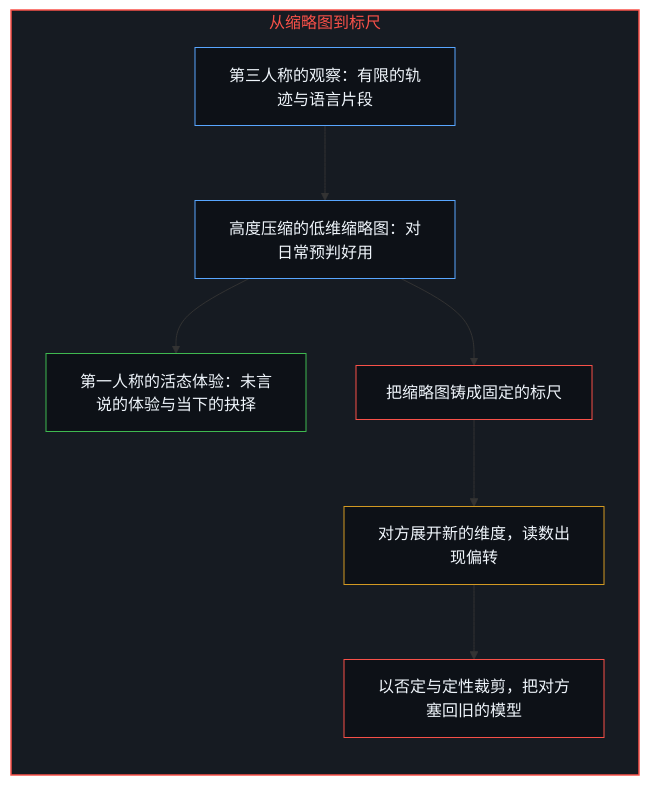
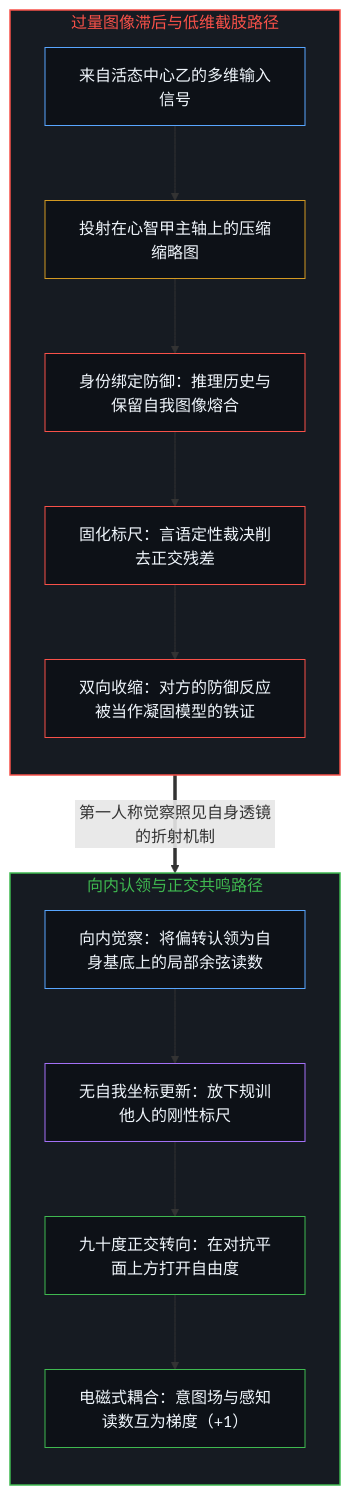
The first of 2 diagrams in content/posts/the-illusion-of-knowing-and-the-geometry-of-amputation.md (powerpig99/not-a-toe), drawn with Mermaid before and after one commit. The commit also changed other lines of this file and 1 other file, not shown here.

Commit message:
Refine the-illusion-of-knowing-and-the-geometry-of-amputation (Wave 3 L2 #137)

````diff
--- a/content/posts/the-illusion-of-knowing-and-the-geometry-of-amputation.md
+++ b/content/posts/the-illusion-of-knowing-and-the-geometry-of-amputation.md
@@ -83,25 +59,35 @@
 ```mermaid
 flowchart TD
-    subgraph S_Cut["从缩略图到标尺"]
+    subgraph S_Amputate["过量图像滞后与低维截肢路径"]
         direction TB
-        Watch["第三人称的观察：有限的轨迹与语言片段"]
-        Thumb["高度压缩的低维缩略图：对日常预判好用"]
-        Living["第一人称的活态体验：未言说的体验与当下的抉择"]
-        Ruler["把缩略图铸成固定的标尺"]
-        Deflect["对方展开新的维度，读数出现偏转"]
-        Trim["以否定与定性裁剪，把对方塞回旧的模型"]
-        Watch --> Thumb
-        Thumb --> Living
-        Thumb --> Ruler
-        Ruler --> Deflect
-        Deflect --> Trim
+        Signal["来自活态中心乙的多维输入信号"]
+        Thumb["投射在心智甲主轴上的压缩缩略图"]
+        Fuse["身份绑定防御：推理历史与保留自我图像熔合"]
+        Trim["固化标尺：言语定性裁决削去正交残差"]
+        Loop["双向收缩：对方的防御反应被当作凝固模型的铁证"]
+        Signal --> Thumb --> Fuse --> Trim --> Loop
     end
 
-    style S_Cut fill:#161b22,stroke:#f85149,stroke-width:1.5px,color:#f85149
-    style Watch fill:#0d1117,stroke:#58a6ff,stroke-width:1px,color:#f0f6fc
-    style Thumb fill:#0d1117,stroke:#58a6ff,stroke-width:1px,color:#f0f6fc
-    style Living fill:#0d1117,stroke:#3fb950,stroke-width:1px,color:#f0f6fc
-    style Ruler fill:#0d1117,stroke:#f85149,stroke-width:1px,color:#f0f6fc
-    style Deflect fill:#0d1117,stroke:#d29922,stroke-width:1px,color:#f0f6fc
+    subgraph S_Resonate["向内认领与正交共鸣路径"]
+        direction TB
+        Notice["向内觉察：将偏转认领为自身基底上的局部余弦读数"]
+        Unclamp["无自我坐标更新：放下规训他人的刚性标尺"]
+        Pivot["九十度正交转向：在对抗平面上方打开自由度"]
+        Wave["电磁式耦合：意图场与感知读数互为梯度（+1）"]
+        Notice --> Unclamp --> Pivot --> Wave
+    end
+
+    Loop ==>|"第一人称觉察照见自身透镜的折射机制"| Notice
+
+    style S_Amputate fill:#161b22,stroke:#f85149,stroke-width:1.5px,color:#f85149
+    style S_Resonate fill:#161b22,stroke:#3fb950,stroke-width:1.5px,color:#3fb950
+    style Signal fill:#0d1117,stroke:#58a6ff,stroke-width:1px,color:#f0f6fc
+    style Thumb fill:#0d1117,stroke:#d29922,stroke-width:1px,color:#f0f6fc
+    style Fuse fill:#0d1117,stroke:#f85149,stroke-width:1px,color:#f0f6fc
     style Trim fill:#0d1117,stroke:#f85149,stroke-width:1px,color:#f0f6fc
+    style Loop fill:#0d1117,stroke:#f85149,stroke-width:1px,color:#f0f6fc
+    style Notice fill:#0d1117,stroke:#58a6ff,stroke-width:1px,color:#f0f6fc
+    style Unclamp fill:#0d1117,stroke:#a371f7,stroke-width:1px,color:#f0f6fc
+    style Pivot fill:#0d1117,stroke:#3fb950,stroke-width:1px,color:#f0f6fc
+    style Wave fill:#0d1117,stroke:#3fb950,stroke-width:1px,color:#f0f6fc
 ```
````
